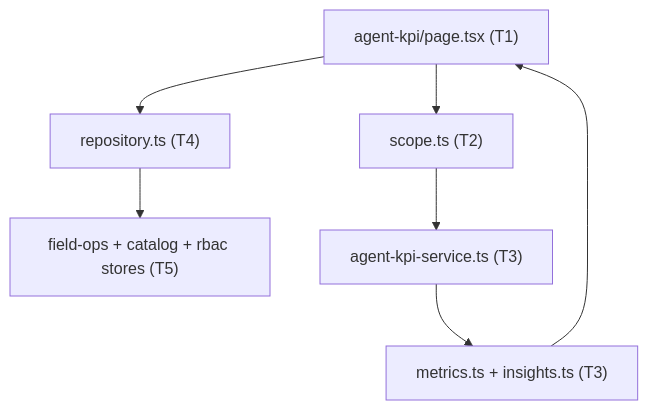
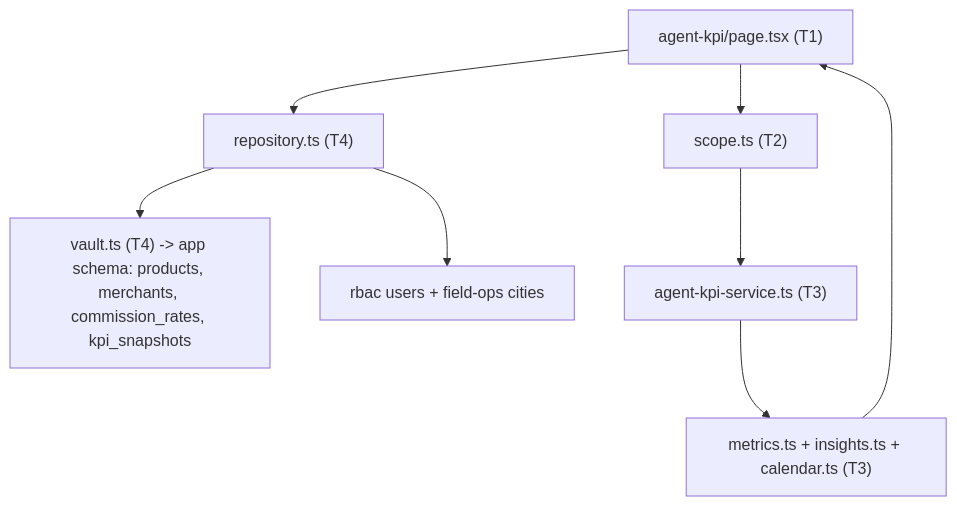
One commit to Fat7y91/Kanjo-Ops-Center changed the fourth of 4 diagrams in ARCHITECTURE.md. Above: the diagram before and after it, drawn with Mermaid. The commit also changed other lines of this file, not shown here.

Commit message:
docs: update ARCHITECTURE.md for the 15-module RBAC, strict hierarchy and SQL KPI Vault

````diff
--- a/ARCHITECTURE.md
+++ b/ARCHITECTURE.md
@@ -1151,9 +1196,10 @@
 ```mermaid
 graph TD
     A["agent-kpi/page.tsx (T1)"] --> B["scope.ts (T2)"]
     A --> C["repository.ts (T4)"]
-    C --> D["field-ops + catalog + rbac stores (T5)"]
+    C --> D["vault.ts (T4) -> app schema: products, merchants, commission_rates, kpi_snapshots"]
+    C --> G["rbac users + field-ops cities"]
     B --> E["agent-kpi-service.ts (T3)"]
-    E --> F["metrics.ts + insights.ts (T3)"]
+    E --> F["metrics.ts + insights.ts + calendar.ts (T3)"]
     F --> A
 ```
````
